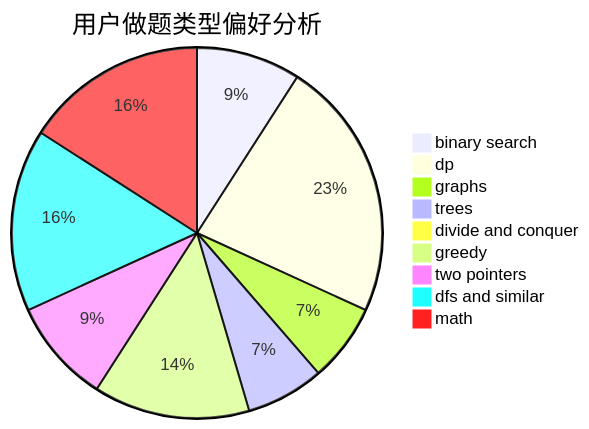
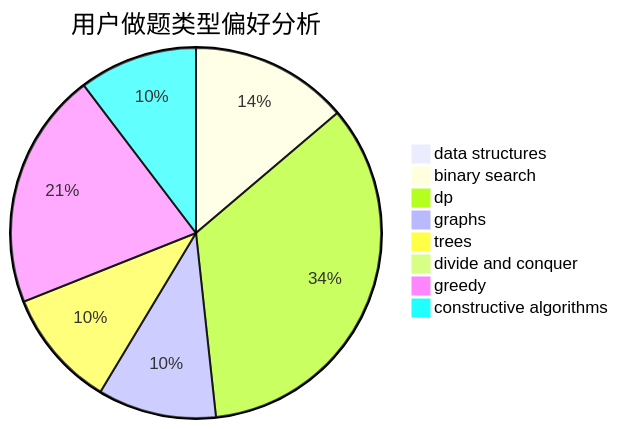
Before and after one commit to sherpahu/cfrs.github.io: the second of 3 diagrams in docs/user/u1207.md, drawn with Mermaid. The commit also changed other lines of this file and 2775 other files, not shown here.

````diff
--- a/docs/user/u1207.md
+++ b/docs/user/u1207.md
@@ -23,12 +23,11 @@
 ```mermaid
 pie title 用户做题类型偏好分析
+    "data structures" :  0
     "binary search" :  4
     "dp" :  10
     "graphs" :  3
     "trees" :  3
     "divide and conquer" :  0
     "greedy" :  6
-    "two pointers" :  4
-    "dfs and similar" :  7
-    "math" :  7
+    "constructive algorithms" :  3
 ```
````
